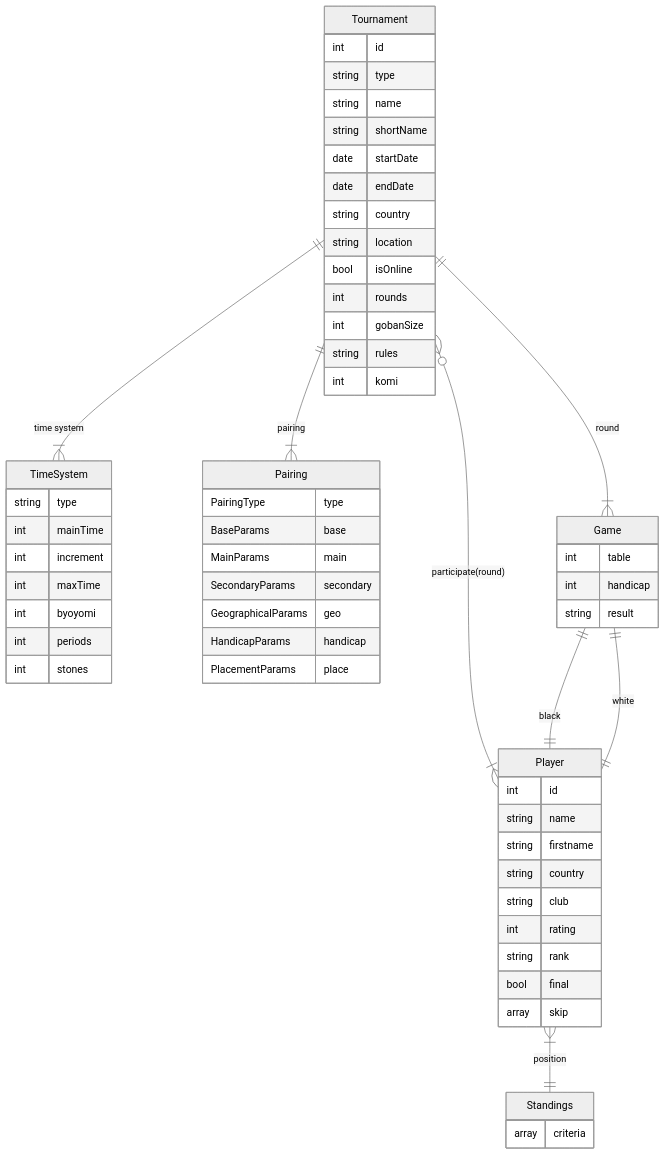
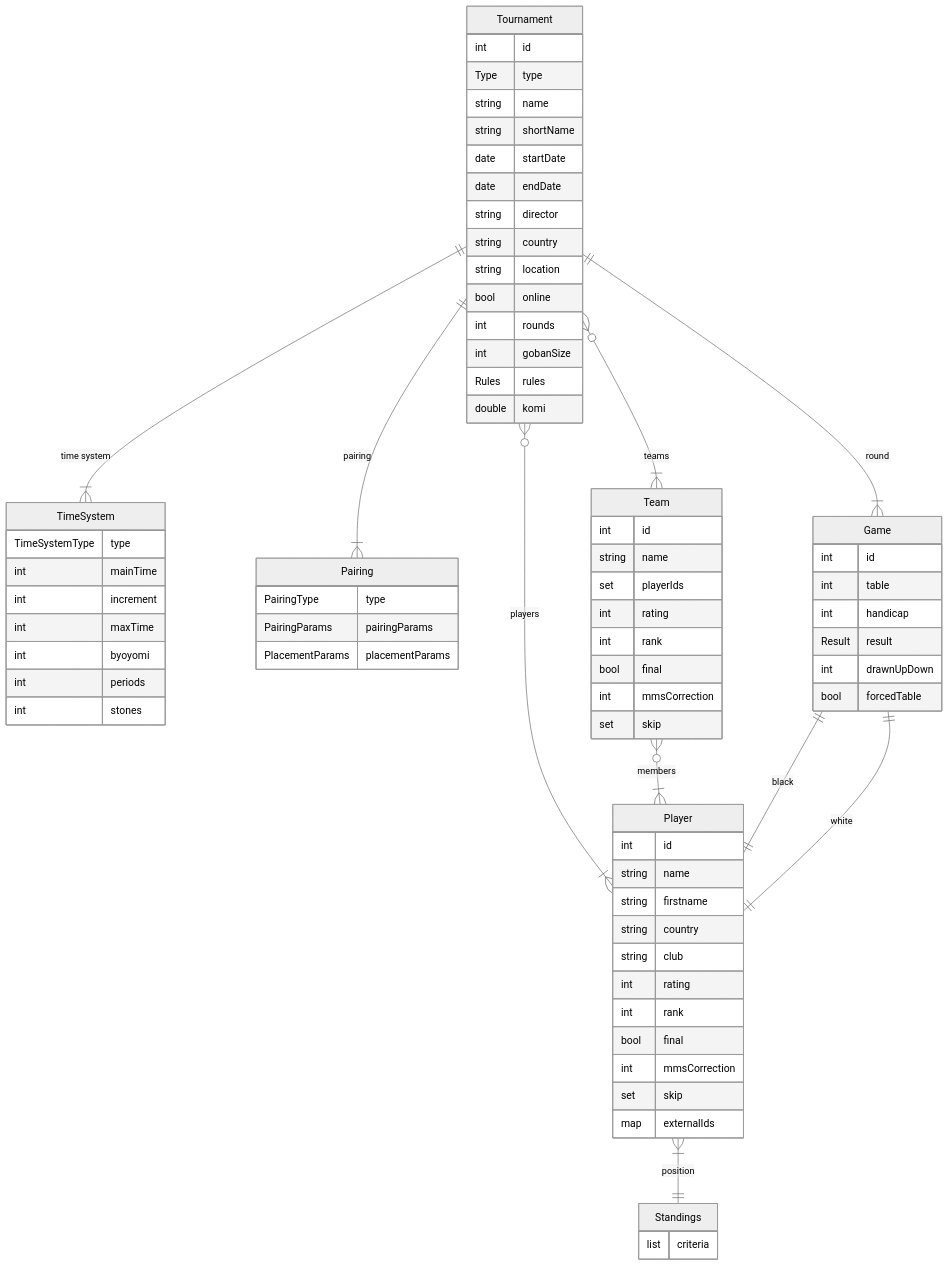
Before and after one commit to ffrgo/pairgoth: the diagram in doc/model.md, drawn with Mermaid (neutral theme). The commit also changed other lines of this file and 4 other files, not shown here.

````diff
--- a/doc/model.md
+++ b/doc/model.md
@@ -11,22 +9,23 @@
 
   Tournament {
     int id
-    string type
+    Type type
     string name
     string shortName
     date startDate
     date endDate
+    string director
     string country
     string location
-    bool isOnline
+    bool online
     int rounds
     int gobanSize
-    string rules
-    int komi
+    Rules rules
+    double komi
   }
 
   TimeSystem {
-    string type
+    TimeSystemType type
     int mainTime
     int increment
     int maxTime
@@ -37,18 +36,17 @@
 
   Pairing {
     PairingType type
-    BaseParams base
-    MainParams main
-    SecondaryParams secondary
-    GeographicalParams geo
-    HandicapParams handicap
-    PlacementParams place
+    PairingParams pairingParams
+    PlacementParams placementParams
   }
-  
+
   Game {
+    int id
     int table
     int handicap
-    string result
+    Result result
+    int drawnUpDown
+    bool forcedTable
   }
 
   Player {
@@ -58,13 +56,26 @@
     string country
     string club
     int rating
-    string rank
+    int rank
     bool final
-    array skip
+    int mmsCorrection
+    set skip
+    map externalIds
   }
-  
+
+  Team {
+    int id
+    string name
+    set playerIds
+    int rating
+    int rank
+    bool final
+    int mmsCorrection
+    set skip
+  }
+
   Standings {
-    array criteria
+    list criteria
   }
 
   %% relationships
@@ -72,9 +83,11 @@
   Tournament ||--|{ TimeSystem: "time system"
   Tournament ||--|{ Pairing: "pairing"
   Tournament ||--|{ Game: "round"
-  Tournament }o--|{ Player: "participate(round)"
+  Tournament }o--|{ Player: "players"
+  Tournament }o--|{ Team: "teams"
+  Team }o--|{ Player: "members"
   Game ||--|| Player: "black"
   Game ||--|| Player: "white"
   Player }|--|| Standings: "position"
-  
+
 ```
````
